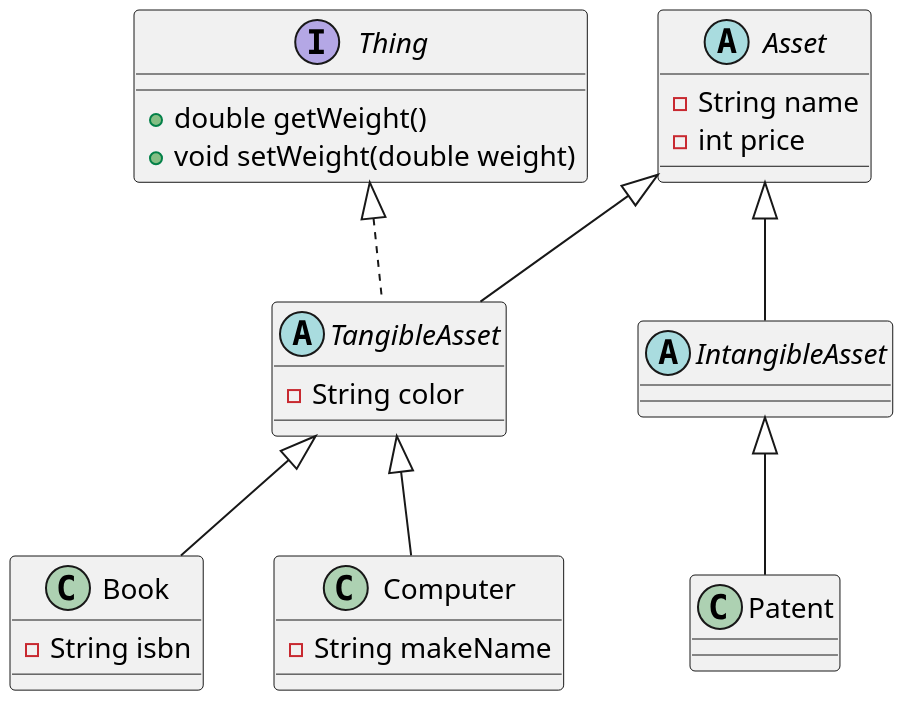
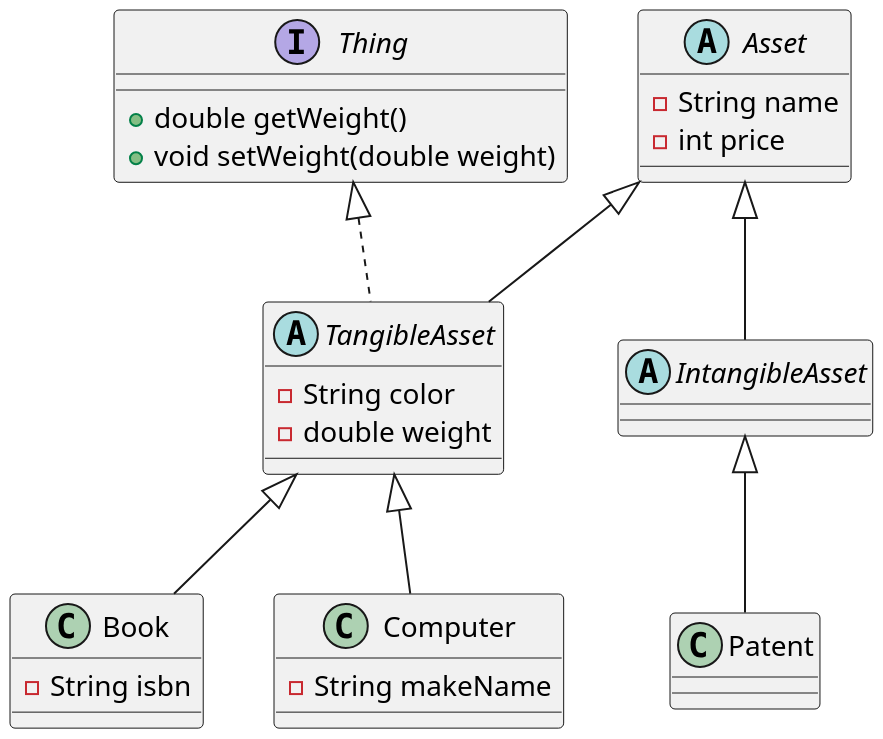
The diagram in src/main/java/com/survivalcoding/Asset/Asset.puml (SurvivalCodingCampus/polytech_java_study), drawn with PlantUML before and after one commit.

Commit message:
docs: 클래스 'TangibleAsset'에weight 필드가 누락 수정

```diff
--- a/src/main/java/com/survivalcoding/Asset/Asset.puml
+++ b/src/main/java/com/survivalcoding/Asset/Asset.puml
@@ -1,38 +1,39 @@
 @startuml
 'https://plantuml.com/class-diagram
 
 
 scale 2
 abstract class Asset {
 - String name
 - int price
 }
 
 abstract class TangibleAsset extends Asset implements Thing{
 
 
 - String color
+- double weight
 }
 
 class Book extends TangibleAsset {
 - String isbn
 }
 
 class Computer extends TangibleAsset {
 - String makeName
 }
 
 
 abstract class IntangibleAsset extends Asset{
 }
 
 interface Thing {
 + double getWeight()
 + void setWeight(double weight)
 
 }
 
 class Patent extends IntangibleAsset {
 }
 
 @enduml
```
